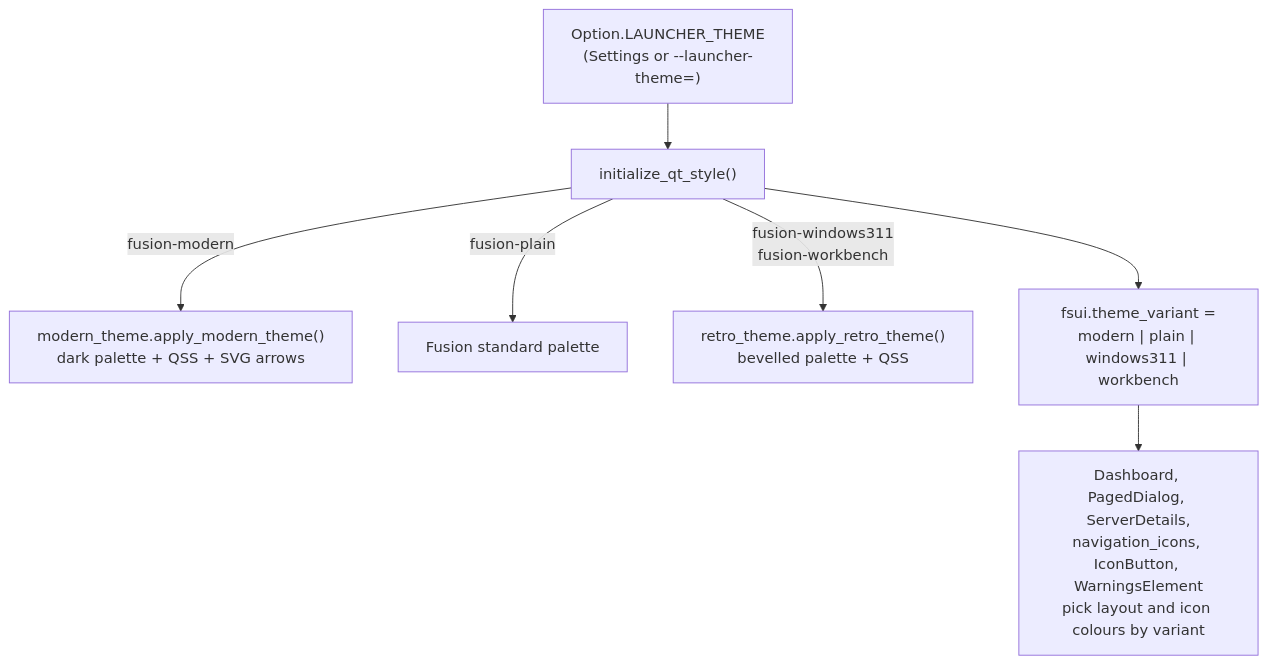
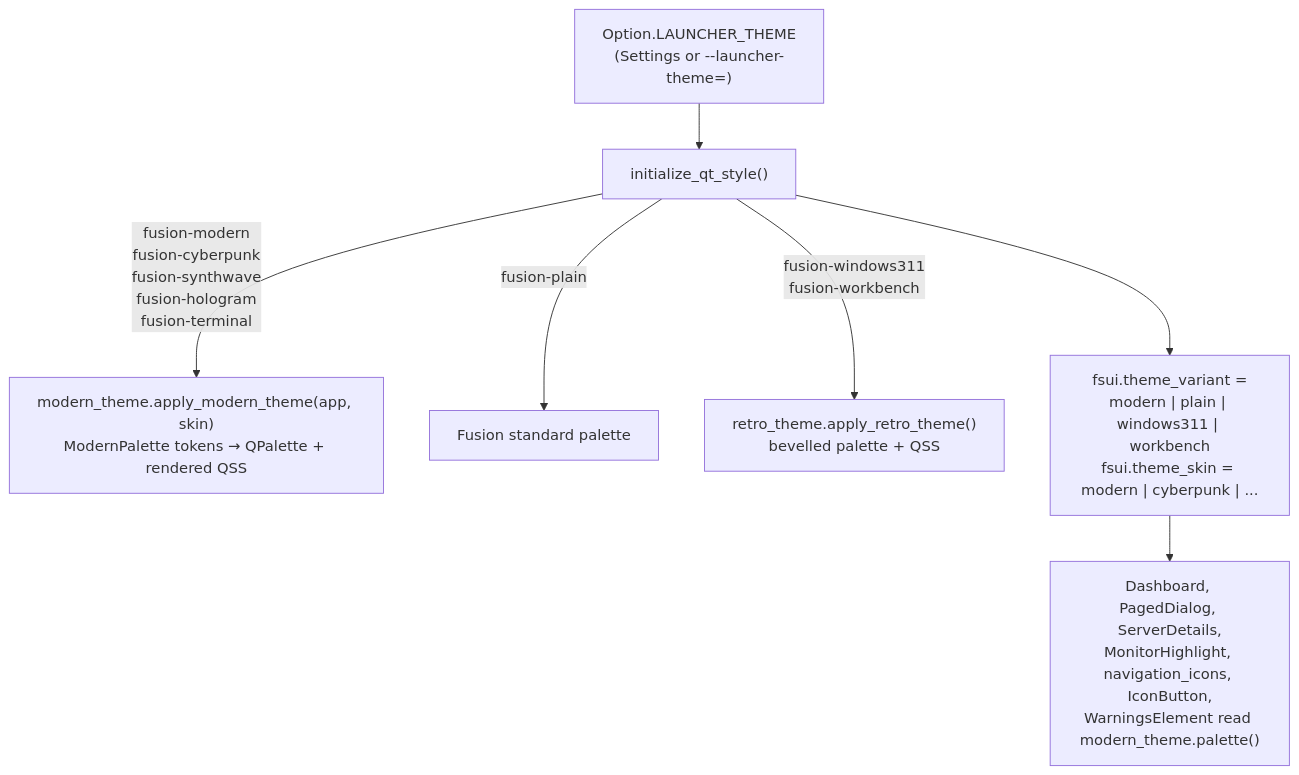
The fourth of 5 diagrams in docs/architecture.md (pdabel/fs-uae-launcher), drawn with Mermaid before and after one commit. The commit also changed other lines of this file and 16 other files, not shown here.

Commit message:
Add palette-driven Modern Dark skins: Neon City, Synthwave Sunset, Holo Grid, Phosphor Terminal (#132)

````diff
--- a/docs/architecture.md
+++ b/docs/architecture.md
@@ -155,9 +155,9 @@
 ```mermaid
 flowchart TD
     OPT["Option.LAUNCHER_THEME<br/>(Settings or --launcher-theme=)"] --> INIT["initialize_qt_style()"]
-    INIT -->|"fusion-modern"| MOD["modern_theme.apply_modern_theme()<br/>dark palette + QSS + SVG arrows"]
+    INIT -->|"fusion-modern<br/>fusion-cyberpunk<br/>fusion-synthwave<br/>fusion-hologram<br/>fusion-terminal"| MOD["modern_theme.apply_modern_theme(app, skin)<br/>ModernPalette tokens → QPalette + rendered QSS"]
     INIT -->|"fusion-plain"| PLAIN["Fusion standard palette"]
     INIT -->|"fusion-windows311<br/>fusion-workbench"| RETRO["retro_theme.apply_retro_theme()<br/>bevelled palette + QSS"]
-    INIT --> VAR["fsui.theme_variant =<br/>modern | plain | windows311 | workbench"]
-    VAR --> UI["Dashboard, PagedDialog, ServerDetails,<br/>navigation_icons, IconButton, WarningsElement<br/>pick layout and icon colours by variant"]
+    INIT --> VAR["fsui.theme_variant =<br/>modern | plain | windows311 | workbench<br/>fsui.theme_skin = modern | cyberpunk | ..."]
+    VAR --> UI["Dashboard, PagedDialog, ServerDetails,<br/>MonitorHighlight, navigation_icons, IconButton,<br/>WarningsElement read modern_theme.palette()"]
 ```
````
